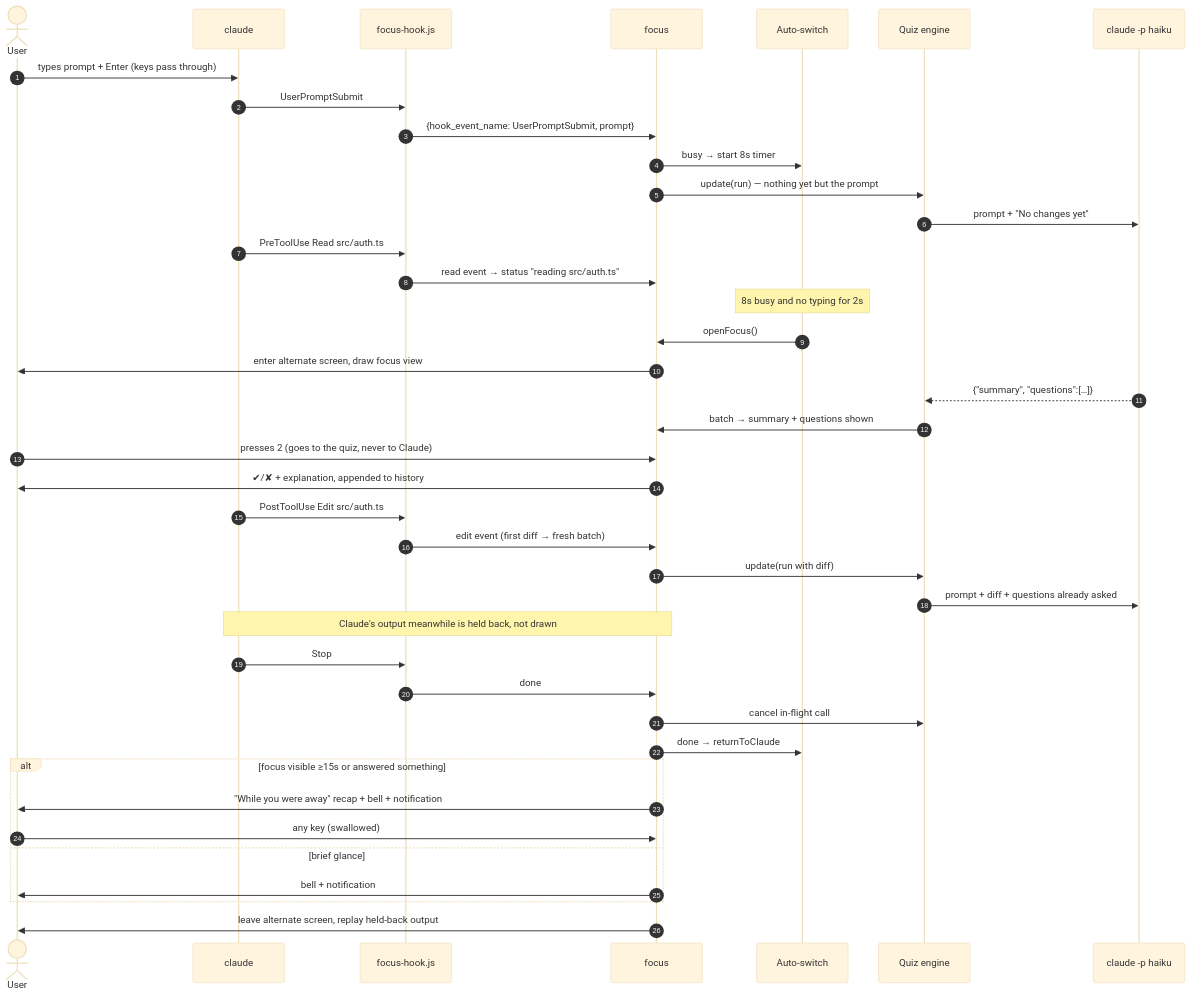
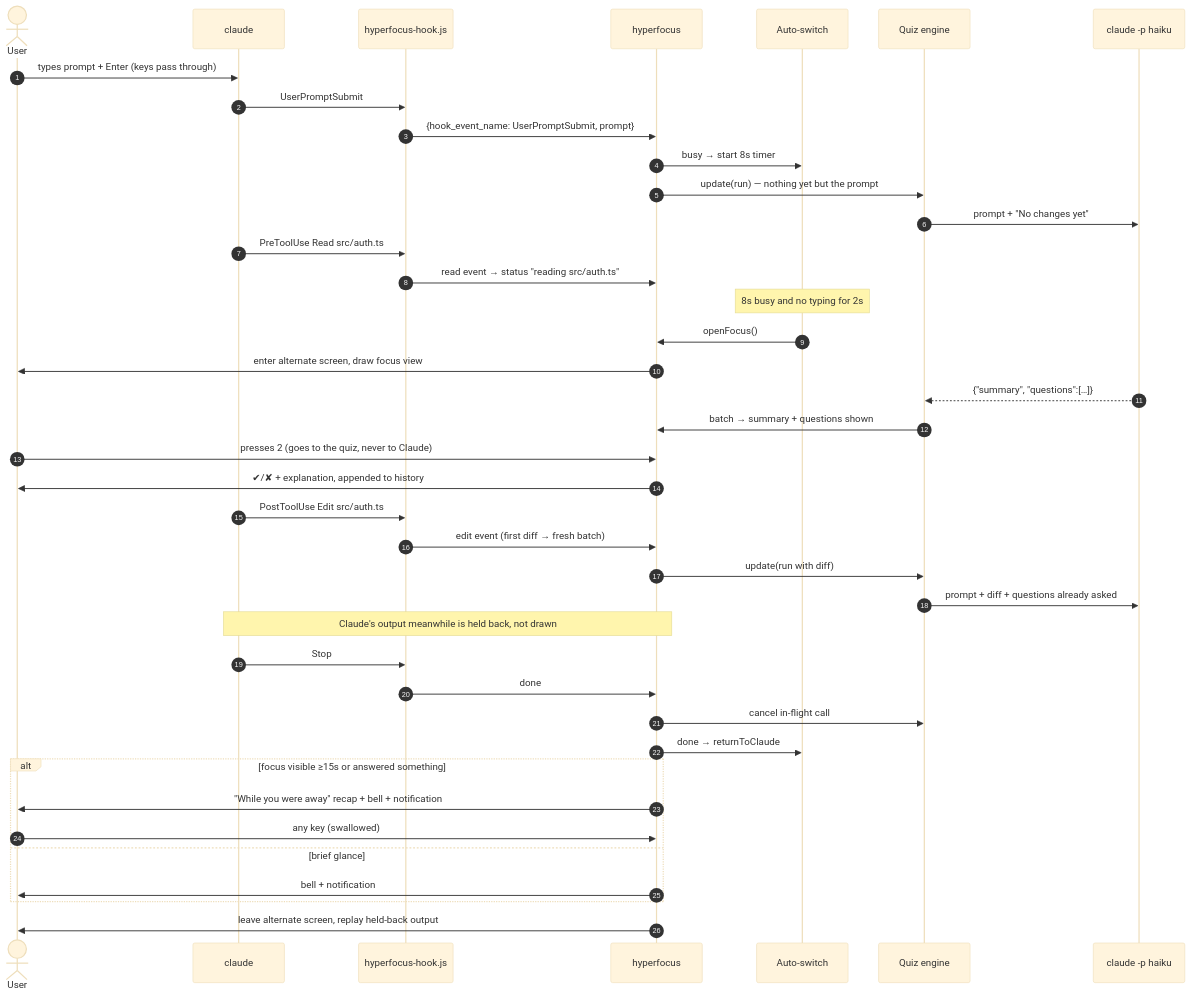
Before and after one commit to TEJASVISJAIN/hyperfocus: the fifth of 11 diagrams in docs/ARCHITECTURE.md, drawn with Mermaid (base theme). The commit also changed other lines of this file and 26 other files, not shown here.

````diff
--- a/docs/ARCHITECTURE.md
+++ b/docs/ARCHITECTURE.md
@@ -193,43 +193,43 @@
 ```mermaid
 sequenceDiagram
     autonumber
     actor U as User
     participant C as claude
-    participant H as focus-hook.js
-    participant F as focus
+    participant H as hyperfocus-hook.js
+    participant F as hyperfocus
     participant P as Auto-switch
     participant Q as Quiz engine
     participant M as claude -p haiku
 
     U->>C: types prompt + Enter (keys pass through)
     C->>H: UserPromptSubmit
     H->>F: {hook_event_name: UserPromptSubmit, prompt}
     F->>P: busy → start 8s timer
     F->>Q: update(run) — nothing yet but the prompt
     Q->>M: prompt + "No changes yet"
     C->>H: PreToolUse Read src/auth.ts
     H->>F: read event → status "reading src/auth.ts"
     Note over P: 8s busy and no typing for 2s
     P->>F: openFocus()
     F->>U: enter alternate screen, draw focus view
     M-->>Q: {"summary", "questions":[…]}
     Q->>F: batch → summary + questions shown
     U->>F: presses 2 (goes to the quiz, never to Claude)
     F->>U: ✔/✘ + explanation, appended to history
     C->>H: PostToolUse Edit src/auth.ts
     H->>F: edit event (first diff → fresh batch)
     F->>Q: update(run with diff)
     Q->>M: prompt + diff + questions already asked
     Note over C,F: Claude's output meanwhile is held back, not drawn
     C->>H: Stop
     H->>F: done
     F->>Q: cancel in-flight call
     F->>P: done → returnToClaude
     alt focus visible ≥15s or answered something
         F->>U: "While you were away" recap + bell + notification
         U->>F: any key (swallowed)
     else brief glance
         F->>U: bell + notification
     end
     F->>U: leave alternate screen, replay held-back output
 ```
````
